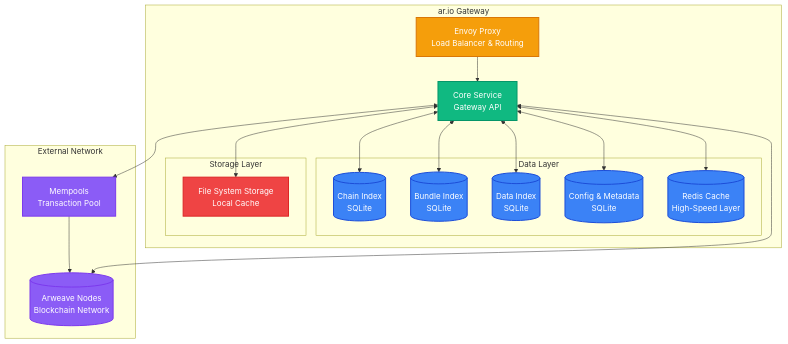
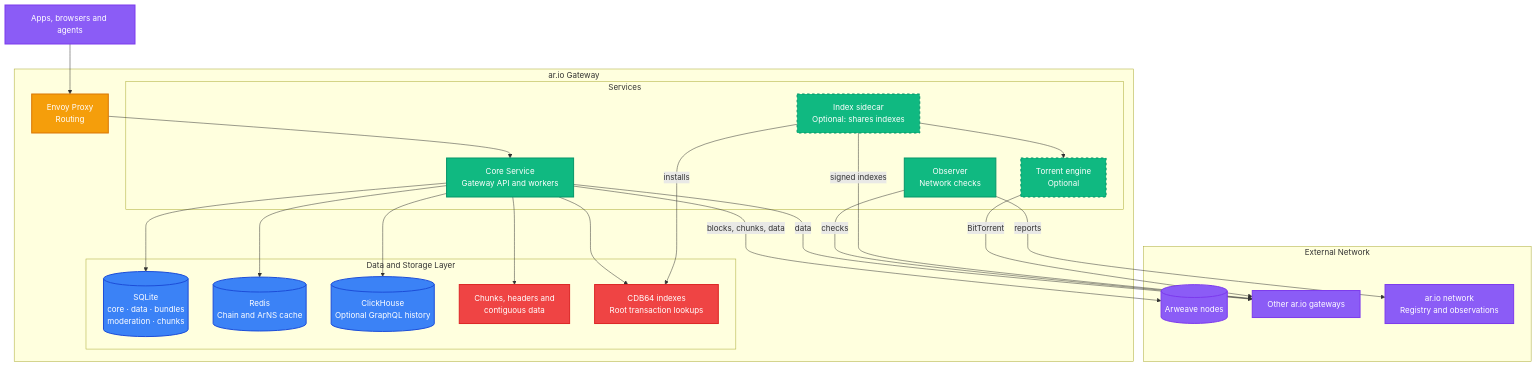
The diagram in content/learn/gateways/architecture.mdx (ar-io/docs), drawn with Mermaid before and after one commit. The commit also changed other lines of this file and 3 other files, not shown here.

First line of the commit message:
docs(gateways): update the architecture and retrieval diagrams; add index-sharing diagrams

````diff
--- a/content/learn/gateways/architecture.mdx
+++ b/content/learn/gateways/architecture.mdx
@@ -10,51 +10,61 @@
 ```mermaid
 graph TB
+    CLIENTS[Apps, browsers and agents]
+
     subgraph Gateway ["ar.io Gateway"]
-        ENVOY[Envoy Proxy<br/>Load Balancer & Routing]
-        
-        API[Core Service<br/>Gateway API]
-        
-        subgraph "Data Layer"
-            DB1[(Chain Index<br/>SQLite)]
-            DB2[(Bundle Index<br/>SQLite)]
-            DB3[(Data Index<br/>SQLite)]
-            DB4[(Config & Metadata<br/>SQLite)]
-            REDIS[(Redis Cache<br/>High-Speed Layer)]
+        ENVOY[Envoy Proxy<br/>Routing]
+
+        subgraph Services ["Services"]
+            API[Core Service<br/>Gateway API and workers]
+            OBS[Observer<br/>Network checks]
+            SIDE[Index sidecar<br/>Optional: shares indexes]
+            ENG[Torrent engine<br/>Optional]
         end
-        
-        subgraph "Storage Layer"
-            FS[File System Storage<br/>Local Cache]
+
+        subgraph Local ["Data and Storage Layer"]
+            SQL[(SQLite<br/>core · data · bundles<br/>moderation · chunks)]
+            REDIS[(Redis<br/>Chain and ArNS cache)]
+            CH[(ClickHouse<br/>Optional GraphQL history)]
+            FS[Chunks, headers and<br/>contiguous data]
+            CDB[CDB64 indexes<br/>Root transaction lookups]
         end
     end
-    
+
     subgraph External ["External Network"]
-        MEMPOOLS[Mempools<br/>Transaction Pool]
-        ARWEAVE[(Arweave Nodes<br/>Blockchain Network)]
-        MEMPOOLS --> ARWEAVE
+        ARWEAVE[(Arweave nodes)]
+        PEERS[Other ar.io gateways]
+        NETWORK[ar.io network<br/>Registry and observations]
     end
 
+    CLIENTS --> ENVOY
     ENVOY --> API
+    SIDE --> ENG
 
-    API <--> DB1
-    API <--> DB2
-    API <--> DB3
-    API <--> DB4
-    API <--> REDIS
-    
-    API <--> FS
+    API --> SQL
+    API --> REDIS
+    API --> CH
+    API --> FS
+    API --> CDB
+    SIDE -->|installs| CDB
 
-    API <--> ARWEAVE
-    API <--> MEMPOOLS
+    API -->|blocks, chunks, data| ARWEAVE
+    API -->|data| PEERS
+    OBS -->|checks| PEERS
+    OBS -->|reports| NETWORK
+    SIDE -->|signed indexes| PEERS
+    ENG -->|BitTorrent| PEERS
 
     classDef database fill:#3b82f6,stroke:#1d4ed8,stroke-width:2px,color:#fff
     classDef service fill:#10b981,stroke:#059669,stroke-width:2px,color:#fff
     classDef proxy fill:#f59e0b,stroke:#d97706,stroke-width:2px,color:#fff
     classDef external fill:#8b5cf6,stroke:#7c3aed,stroke-width:2px,color:#fff
     classDef storage fill:#ef4444,stroke:#dc2626,stroke-width:2px,color:#fff
-    
-    class DB1,DB2,DB3,DB4,REDIS database
-    class API service
+    classDef optional fill:#10b981,stroke:#059669,stroke-width:2px,color:#fff,stroke-dasharray: 5 5
+
+    class SQL,REDIS,CH database
+    class API,OBS service
+    class SIDE,ENG optional
     class ENVOY proxy
-    class ARWEAVE,MEMPOOLS external
-    class FS storage
+    class CLIENTS,PEERS,ARWEAVE,NETWORK external
+    class FS,CDB storage
 ```
````
